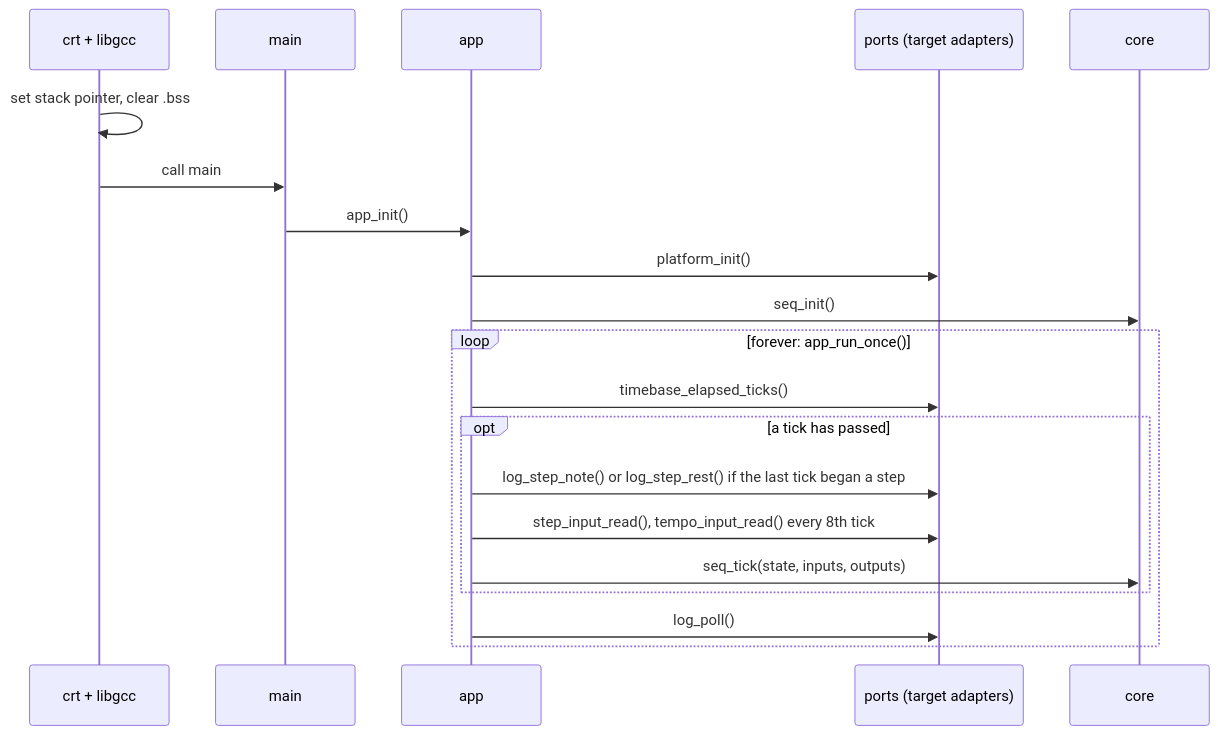
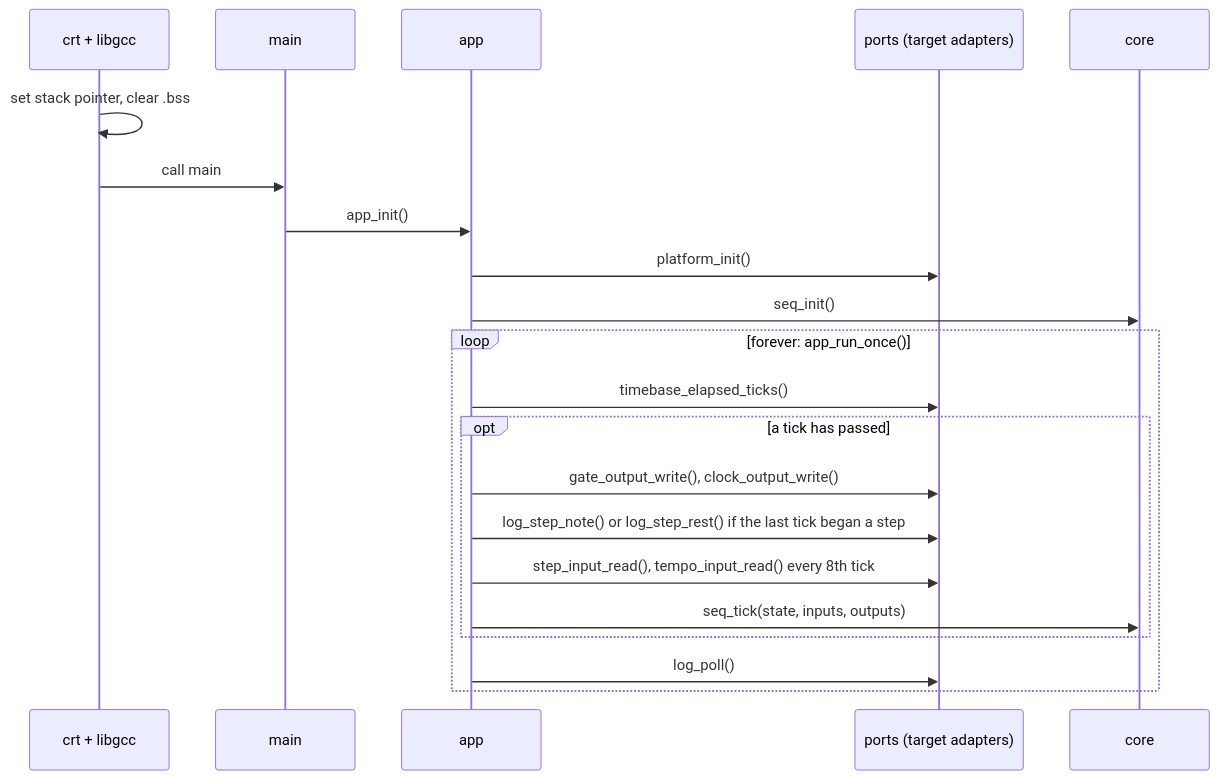
One commit to BonelessPig/nano_sequencer changed the third of 20 diagrams in docs/ARCHITECTURE.md. Above: the diagram before and after it, drawn with Mermaid. The commit also changed other lines of this file and 33 other files, not shown here.

First line of the commit message:
Phase 3: gate and clock outputs

````diff
--- a/docs/ARCHITECTURE.md
+++ b/docs/ARCHITECTURE.md
@@ -119,22 +129,23 @@
 ```mermaid
 sequenceDiagram
     participant CRT as crt + libgcc
     participant M as main
     participant A as app
     participant P as ports (target adapters)
     participant C as core
     CRT->>CRT: set stack pointer, clear .bss
     CRT->>M: call main
     M->>A: app_init()
     A->>P: platform_init()
     A->>C: seq_init()
     loop forever: app_run_once()
         A->>P: timebase_elapsed_ticks()
         opt a tick has passed
+            A->>P: gate_output_write(), clock_output_write()
             A->>P: log_step_note() or log_step_rest() if the last tick began a step
             A->>P: step_input_read(), tempo_input_read() every 8th tick
             A->>C: seq_tick(state, inputs, outputs)
         end
         A->>P: log_poll()
     end
 ```
````
